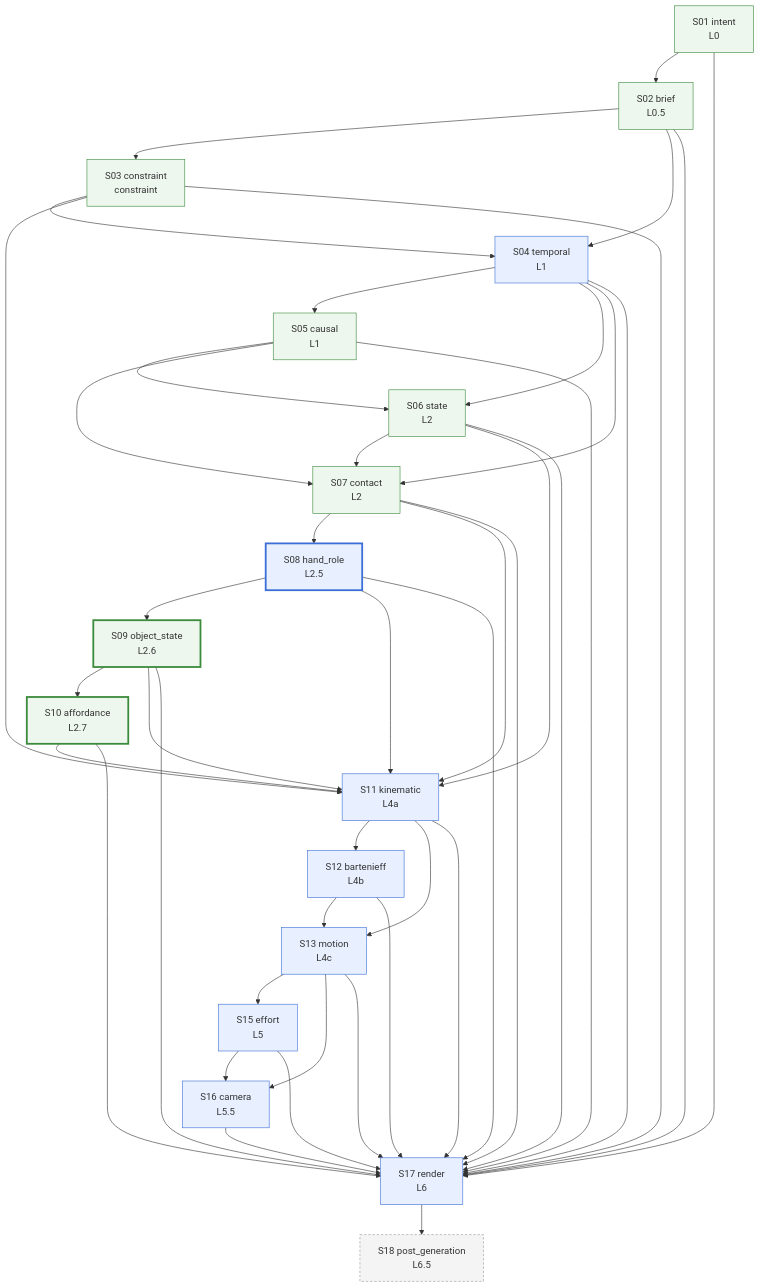
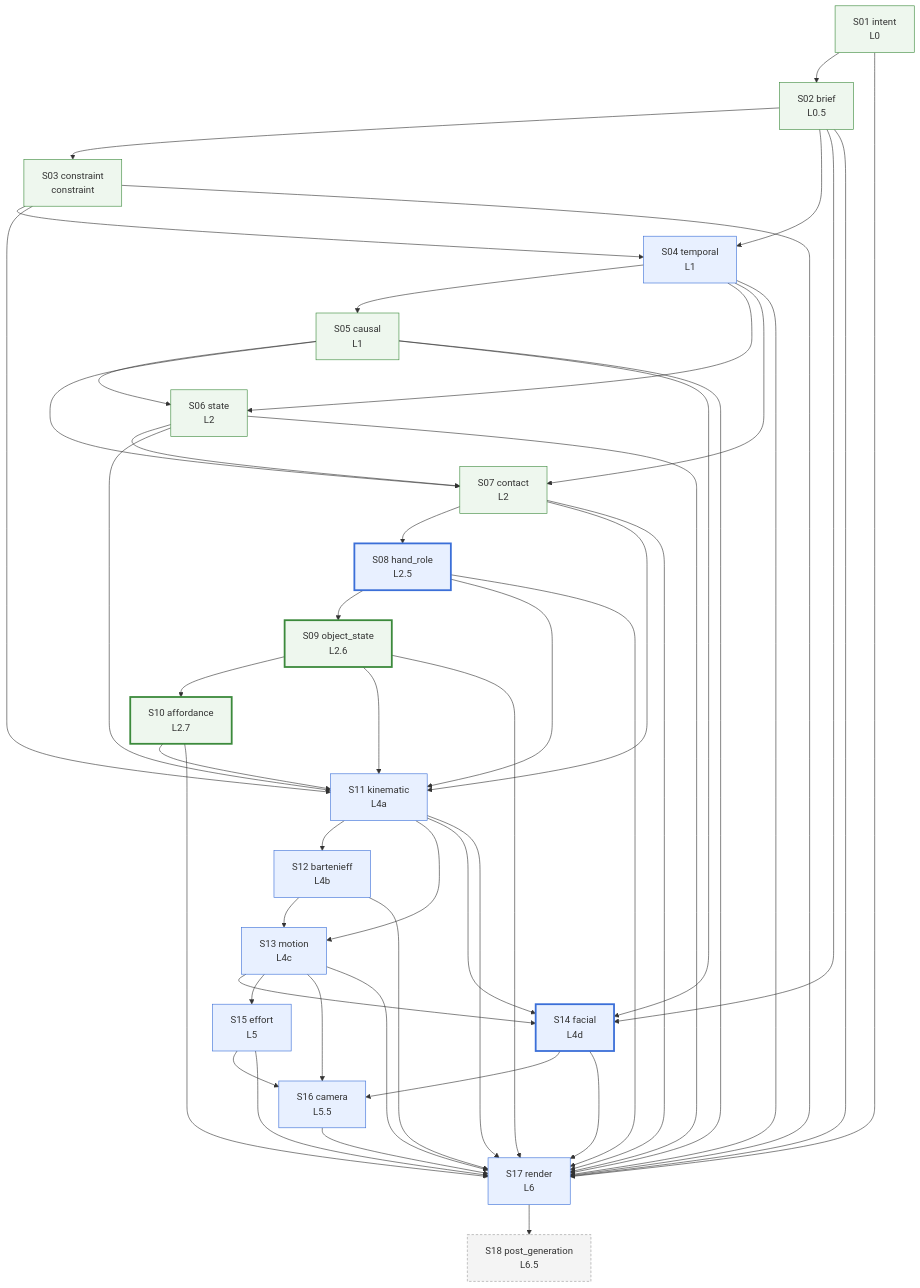
One commit to Kingsley-Cyber/cinematic-compiler-core changed the diagram in docs/reference/dependencies.md. Above: the diagram before and after it, drawn with Mermaid. The commit also changed other lines of this file and 45 other files, not shown here.

````diff
--- a/docs/reference/dependencies.md
+++ b/docs/reference/dependencies.md
@@ -9,69 +9,76 @@
 ```mermaid
 flowchart TD
   intent["S01 intent<br/>L0"]
   brief["S02 brief<br/>L0.5"]
   constraint["S03 constraint<br/>constraint"]
   temporal["S04 temporal<br/>L1"]
   causal["S05 causal<br/>L1"]
   state["S06 state<br/>L2"]
   contact["S07 contact<br/>L2"]
   hand_role["S08 hand_role<br/>L2.5"]
   object_state["S09 object_state<br/>L2.6"]
   affordance["S10 affordance<br/>L2.7"]
   kinematic["S11 kinematic<br/>L4a"]
   bartenieff["S12 bartenieff<br/>L4b"]
   motion["S13 motion<br/>L4c"]
+  facial["S14 facial<br/>L4d"]
   effort["S15 effort<br/>L5"]
   camera["S16 camera<br/>L5.5"]
   render["S17 render<br/>L6"]
   post_generation["S18 post_generation<br/>L6.5"]
   intent --> brief
   brief --> constraint
   brief --> temporal
   constraint --> temporal
   temporal --> causal
   temporal --> state
   causal --> state
   temporal --> contact
   causal --> contact
   state --> contact
   contact --> hand_role
   hand_role --> object_state
   object_state --> affordance
   state --> kinematic
   contact --> kinematic
   hand_role --> kinematic
   object_state --> kinematic
   affordance --> kinematic
   constraint --> kinematic
   kinematic --> bartenieff
   kinematic --> motion
   bartenieff --> motion
+  brief --> facial
+  causal --> facial
+  kinematic --> facial
+  motion --> facial
   motion --> effort
   motion --> camera
   effort --> camera
+  facial --> camera
   intent --> render
   brief --> render
   temporal --> render
   causal --> render
   state --> render
   contact --> render
   hand_role --> render
   object_state --> render
   affordance --> render
   constraint --> render
   kinematic --> render
   bartenieff --> render
   motion --> render
+  facial --> render
   effort --> render
   camera --> render
   render --> post_generation
   classDef authored fill:#e8f0ff,stroke:#3b6fd8
   classDef derived fill:#eef7ee,stroke:#3c8a3c
   classDef notbuilt fill:#f4f4f4,stroke:#999,stroke-dasharray:4 3
   classDef ugc stroke-width:3px
-  class temporal,hand_role,kinematic,bartenieff,motion,effort,camera,render authored
+  class temporal,hand_role,kinematic,bartenieff,motion,facial,effort,camera,render authored
   class intent,brief,constraint,causal,state,contact,object_state,affordance derived
   class post_generation notbuilt
-  class hand_role,object_state,affordance ugc
+  class hand_role,object_state,affordance,facial ugc
 ```
````
